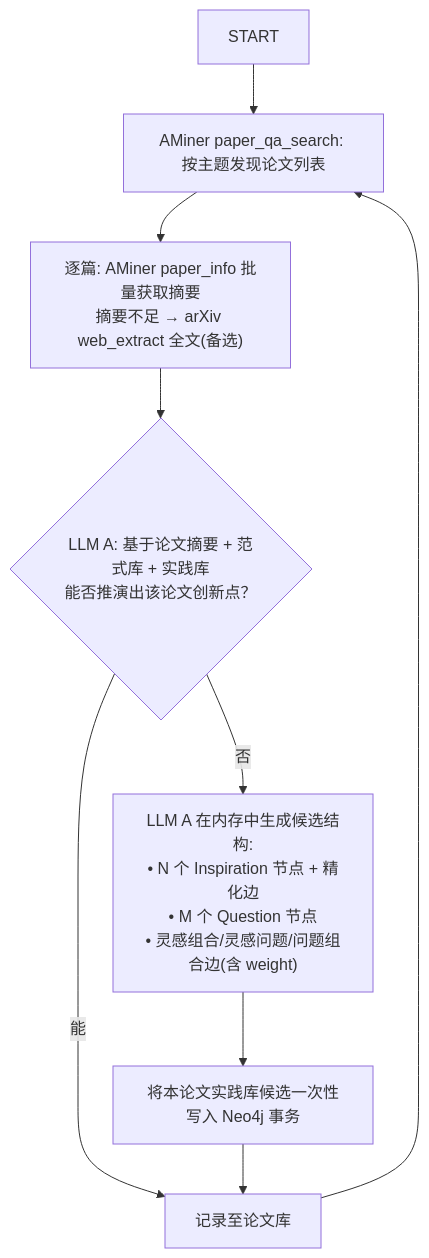
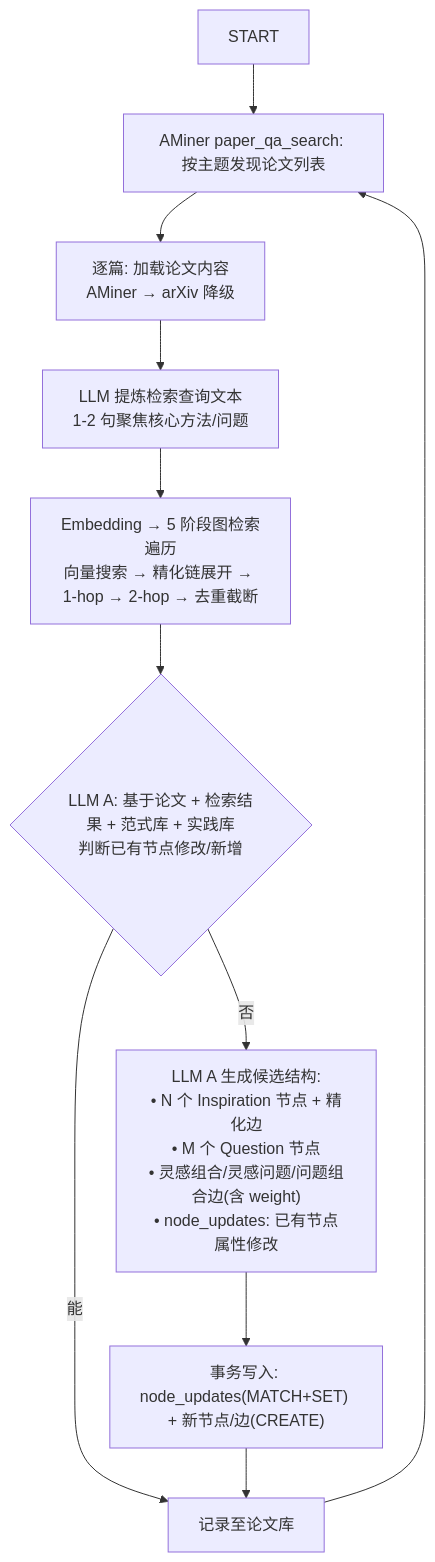
Before and after one commit to cheanus/IdeaForgeX: the second of 3 diagrams in docs/design.md, drawn with Mermaid. The commit also changed other lines of this file and 13 other files, not shown here.

First line of the commit message:
feat: training retrieval + node updates + inference LLM call

````diff
--- a/docs/design.md
+++ b/docs/design.md
@@ -136,12 +153,14 @@
 ```mermaid
 flowchart TD
     S["START"]
     S --> D["AMiner paper_qa_search: 按主题发现论文列表"]
-    D --> P1["逐篇: AMiner paper_info 批量获取摘要<br/>摘要不足 → arXiv web_extract 全文(备选)"]
-    P1 --> A1{"LLM A: 基于论文摘要 + 范式库 + 实践库<br/>能否推演出该论文创新点？"}
+    D --> P1["逐篇: 加载论文内容<br/>AMiner → arXiv 降级"]
+    P1 --> GEN["LLM 提炼检索查询文本<br/>1-2 句聚焦核心方法/问题"]
+    GEN --> RET["Embedding → 5 阶段图检索遍历<br/>向量搜索 → 精化链展开 → 1-hop → 2-hop → 去重截断"]
+    RET --> A1{"LLM A: 基于论文 + 检索结果 + 范式库 + 实践库<br/>判断已有节点修改/新增"}
     A1 -->|能| PAPER["记录至论文库"]
     PAPER --> D
-    A1 -->|否| A2["LLM A 在内存中生成候选结构:<br/>• N 个 Inspiration 节点 + 精化边<br/>• M 个 Question 节点<br/>• 灵感组合/灵感问题/问题组合边(含 weight)"]
-    A2 --> COMMIT["将本论文实践库候选一次性写入 Neo4j 事务"]
+    A1 -->|否| A2["LLM A 生成候选结构:<br/>• N 个 Inspiration 节点 + 精化边<br/>• M 个 Question 节点<br/>• 灵感组合/灵感问题/问题组合边(含 weight)<br/>• node_updates: 已有节点属性修改"]
+    A2 --> COMMIT["事务写入: node_updates(MATCH+SET) + 新节点/边(CREATE)"]
     COMMIT --> PAPER
 ```
````
